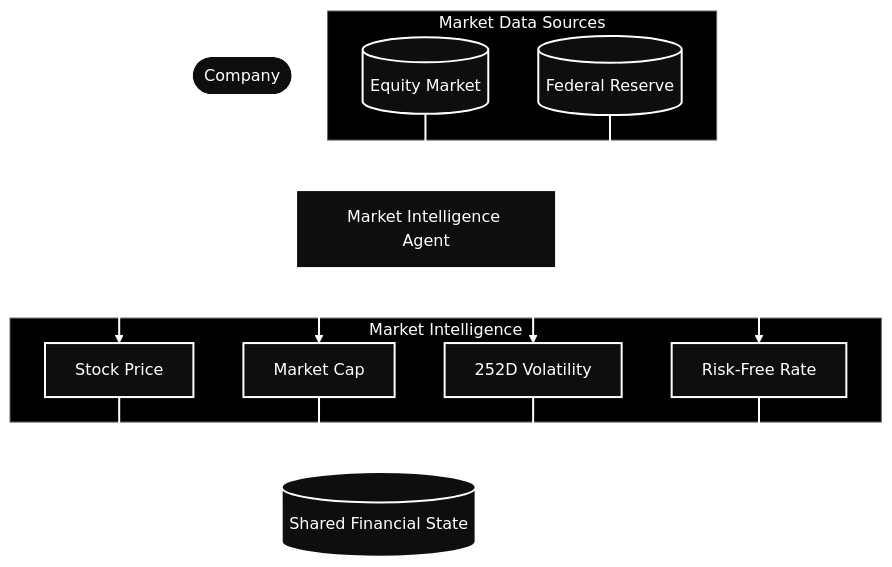
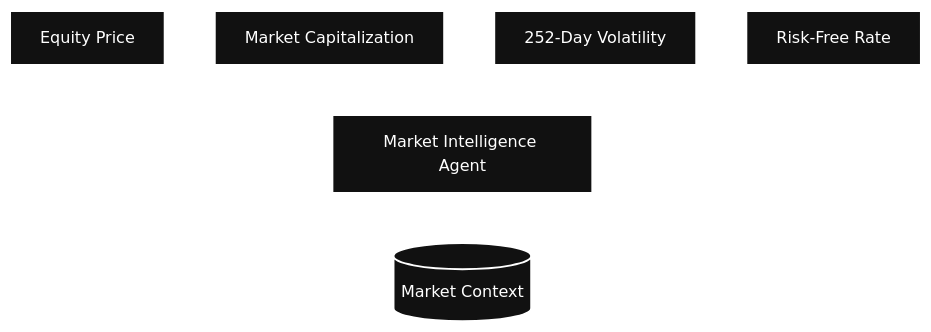
Before and after one commit to Shiva498689/GDG_PS: the diagram in README.md, drawn with Mermaid.

````diff
--- a/README.md
+++ b/README.md
@@ -1,54 +1,28 @@
 ```mermaid
 flowchart TB
 
-    TICKER([Company])
+    PRICE["Equity Price"]
 
-    subgraph SOURCES["Market Data Sources"]
+    CAP["Market Capitalization"]
 
-        PRICE[(Equity Market)]
+    VOL["252-Day Volatility"]
 
-        FRED[(Federal Reserve)]
-
-    end
+    RATE["Risk-Free Rate"]
 
     AGENT["Market Intelligence Agent"]
 
-    subgraph FEATURES["Market Intelligence"]
-
-        P["Stock Price"]
-
-        M["Market Cap"]
-
-        V["252D Volatility"]
-
-        R["Risk-Free Rate"]
-
-    end
-
-    OUTPUT[(Shared Financial State)]
-
-    TICKER --> AGENT
+    OUTPUT[(Market Context)]
 
     PRICE --> AGENT
-    FRED --> AGENT
+    CAP --> AGENT
+    VOL --> AGENT
+    RATE --> AGENT
 
-    AGENT --> P
-    AGENT --> M
-    AGENT --> V
-    AGENT --> R
+    AGENT --> OUTPUT
 
-    P --> OUTPUT
-    M --> OUTPUT
-    V --> OUTPUT
-    R --> OUTPUT
+    classDef dark fill:#111111,stroke:#FFFFFF,color:#FFFFFF,stroke-width:2px;
 
-    classDef dark fill:#0E0E0E,stroke:#FFFFFF,color:#FFFFFF,stroke-width:2px;
-
-    class TICKER,PRICE,FRED,AGENT,P,M,V,R,OUTPUT dark;
-
-    style SOURCES fill:#000000,stroke:#666666,color:#FFFFFF
-
-    style FEATURES fill:#000000,stroke:#666666,color:#FFFFFF
+    class PRICE,CAP,VOL,RATE,AGENT,OUTPUT dark;
 
     linkStyle default stroke:#FFFFFF,stroke-width:2px
 ```
````
